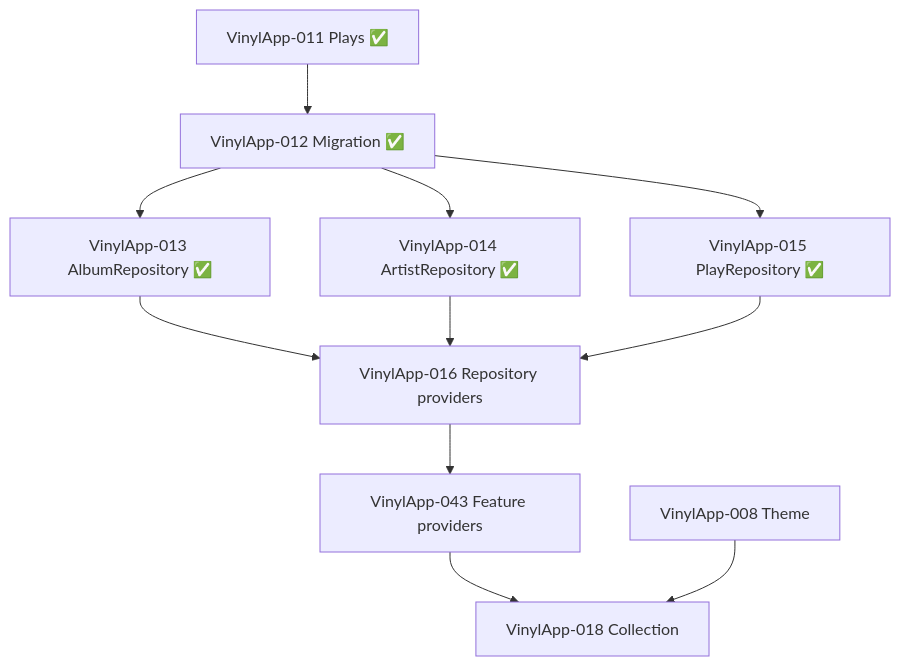
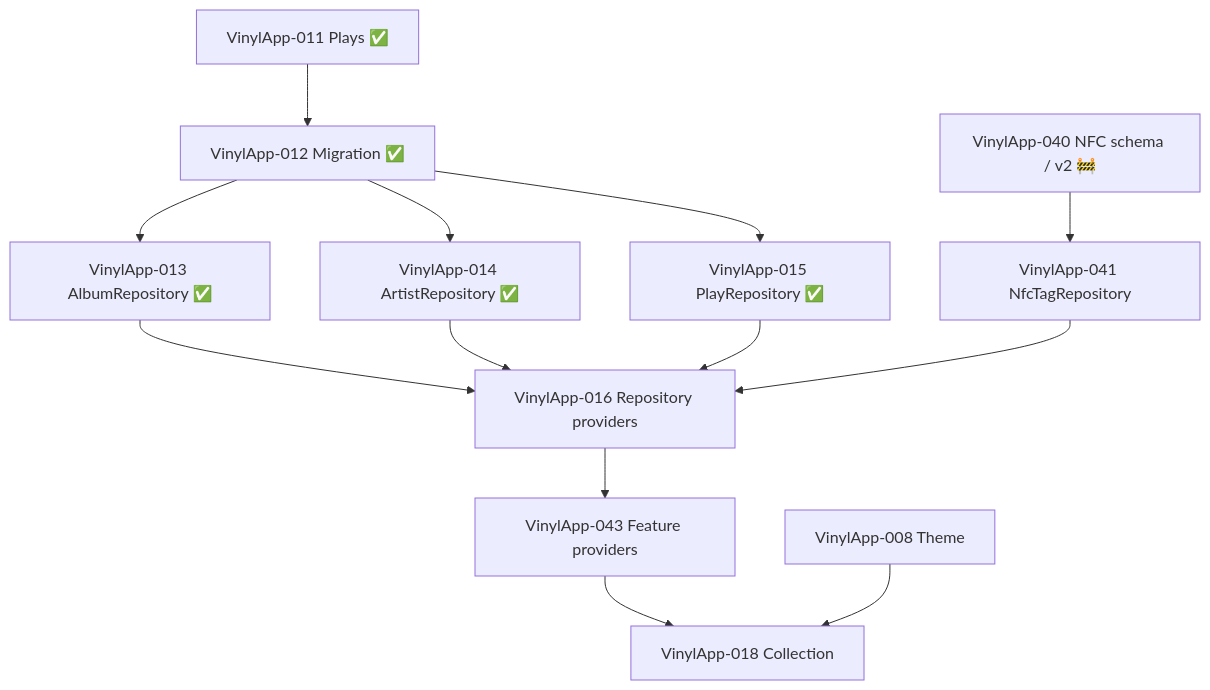
Before and after one commit to hunter-goller/Groovefolio: the third of 3 diagrams in docs/architecture/dependency-graph.md, drawn with Mermaid. The commit also changed other lines of this file and 20 other files, not shown here.

Commit message:
VinylApp-040 add nfc_tags schema v2 migration and tests (#24)

````diff
--- a/docs/architecture/dependency-graph.md
+++ b/docs/architecture/dependency-graph.md
@@ -81,23 +81,27 @@
 ```mermaid
 flowchart TD
     T11[VinylApp-011 Plays ✅]
     T12[VinylApp-012 Migration ✅]
     T13[VinylApp-013 AlbumRepository ✅]
     T14[VinylApp-014 ArtistRepository ✅]
     T15[VinylApp-015 PlayRepository ✅]
+    T40[VinylApp-040 NFC schema / v2 🚧]
+    T41[VinylApp-041 NfcTagRepository]
     T16[VinylApp-016 Repository providers]
     T43[VinylApp-043 Feature providers]
     T08[VinylApp-008 Theme]
     T18[VinylApp-018 Collection]
 
     T11 --> T12
     T12 --> T13
     T12 --> T14
     T12 --> T15
     T13 --> T16
     T14 --> T16
     T15 --> T16
+    T40 --> T41
+    T41 --> T16
     T16 --> T43
     T43 --> T18
     T08 --> T18
 ```
````
